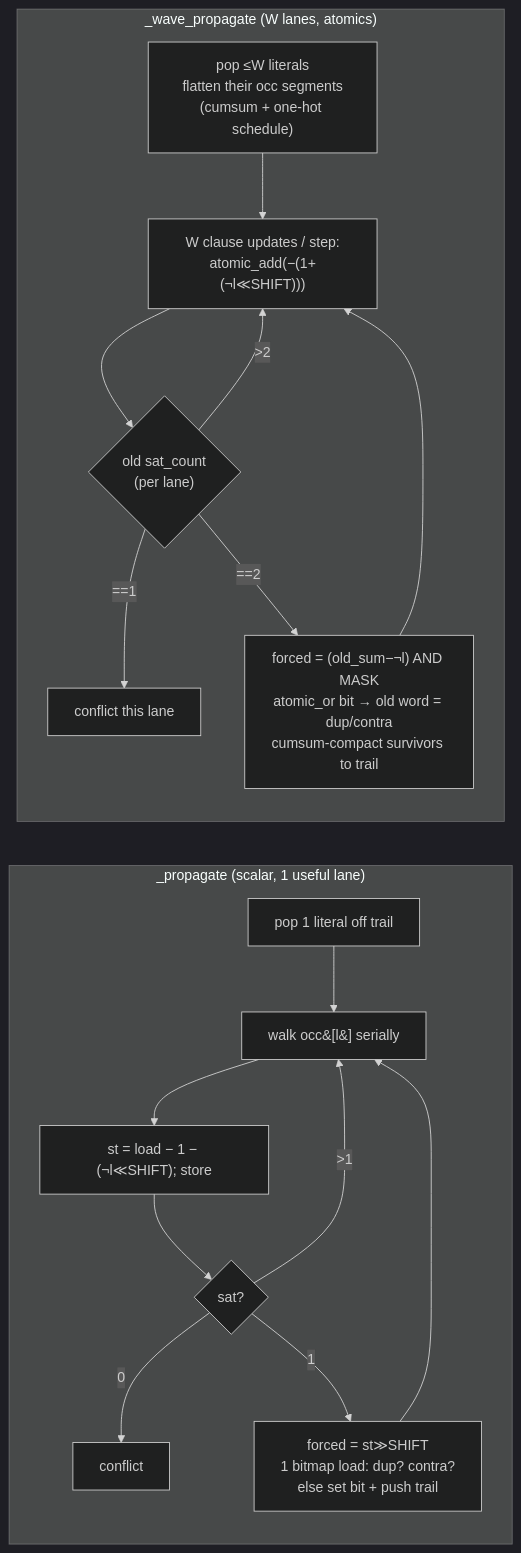
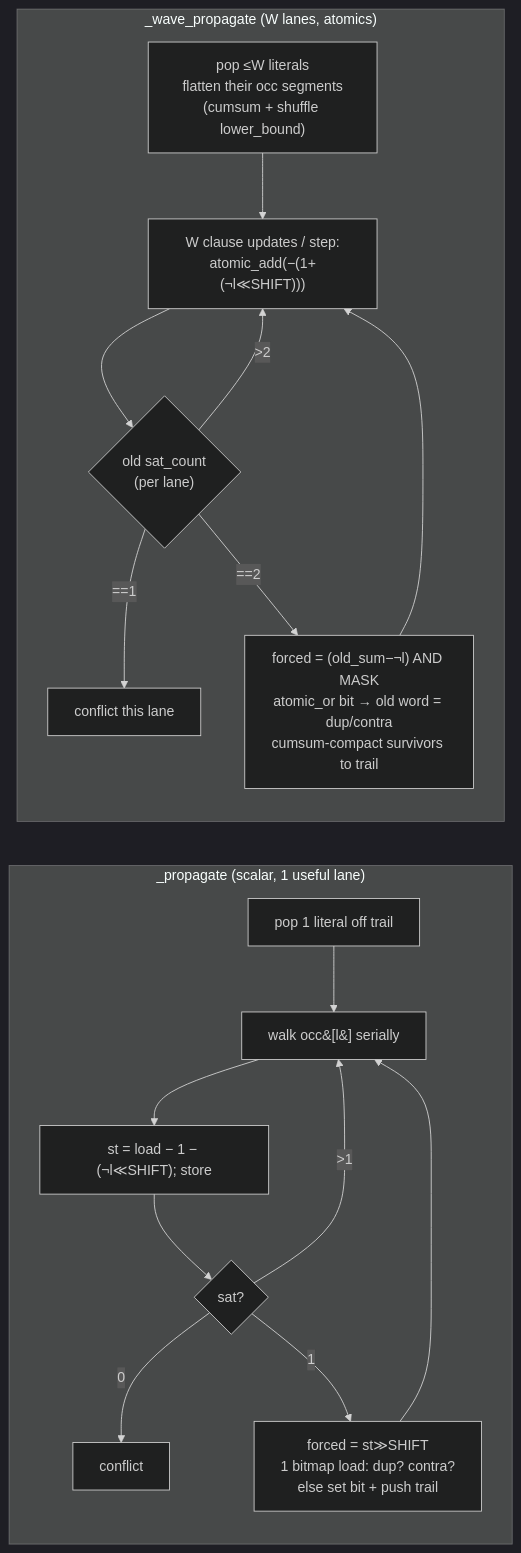
Before and after one commit to yogevshalmon/gpap: the second of 4 diagrams in docs/ENGINE.md, drawn with Mermaid (dark theme). The commit also changed other lines of this file and 9 other files, not shown here.

Commit message:
Enhance GPAP engine with wave shuffle-gather schedule, optimizing segment lookups and reducing shared memory usage

````diff
--- a/docs/ENGINE.md
+++ b/docs/ENGINE.md
@@ -116,22 +116,22 @@
 ```mermaid
 flowchart LR
     subgraph SCALAR["_propagate  (scalar, 1 useful lane)"]
       direction TB
       S1[pop 1 literal off trail] --> S2["walk occ&#91;l&#93; serially"]
       S2 --> S3["st = load − 1 − (¬l≪SHIFT); store"]
       S3 --> S4{sat?}
       S4 -->|0| SC[conflict]
       S4 -->|1| S5["forced = st≫SHIFT<br/>1 bitmap load: dup? contra?<br/>else set bit + push trail"]
       S4 -->|">1"| S2
       S5 --> S2
     end
     subgraph WAVE["_wave_propagate  (W lanes, atomics)"]
       direction TB
-      W1["pop ≤W literals<br/>flatten their occ segments<br/>(cumsum + one-hot schedule)"] --> W2["W clause updates / step:<br/>atomic_add(−(1+(¬l≪SHIFT)))"]
+      W1["pop ≤W literals<br/>flatten their occ segments<br/>(cumsum + shuffle lower_bound)"] --> W2["W clause updates / step:<br/>atomic_add(−(1+(¬l≪SHIFT)))"]
       W2 --> W3{"old sat_count<br/>(per lane)"}
       W3 -->|==1| WC[conflict this lane]
       W3 -->|==2| W4["forced = (old_sum−¬l) AND MASK<br/>atomic_or bit → old word = dup/contra<br/>cumsum-compact survivors to trail"]
       W3 -->|">2"| W2
       W4 --> W2
     end
 ```
````
